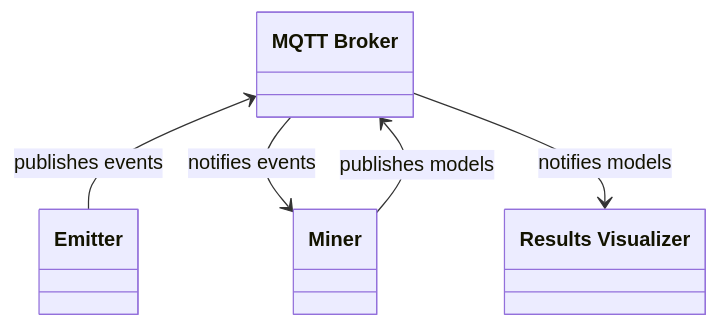
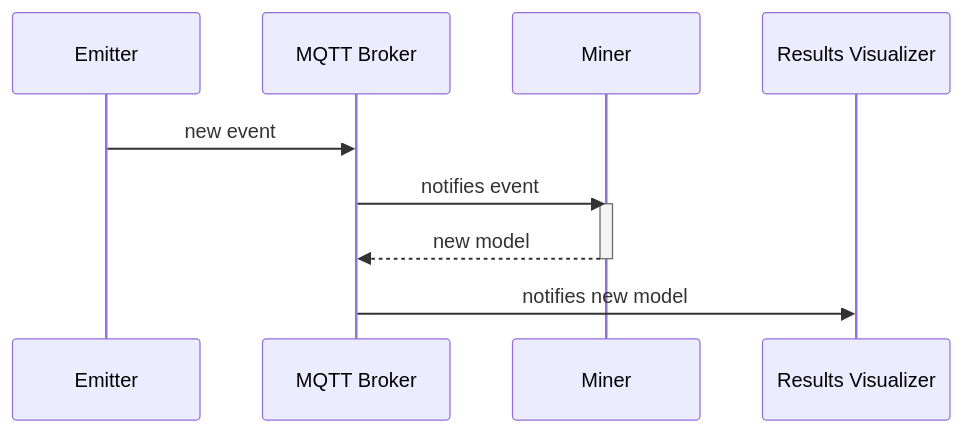
Before and after one commit to beamline/docs: the diagram in docs/examples/pybeamline-full-cicle.md, drawn with Mermaid. The commit also changed other lines of this file, not shown here.

Commit message:
Updated diagram on pybeamline full cycle

```diff
--- a/docs/examples/pybeamline-full-cicle.md
+++ b/docs/examples/pybeamline-full-cicle.md
@@ -6,12 +14,9 @@
 <div class="mermaid">
-classDiagram
-  class Emitter
-  class `MQTT Broker`
-  class Miner
-  class `Results Visualizer`
-
-  `MQTT Broker` <-- Emitter : publishes events
-  `MQTT Broker` --> Miner : notifies events
-  `MQTT Broker` <-- Miner : publishes models
-  `MQTT Broker` --> `Results Visualizer` : notifies models
+sequenceDiagram
+    Emitter ->> MQTT Broker: new event
+    MQTT Broker ->> Miner: notifies event
+    activate Miner
+    Miner -->> MQTT Broker: new model
+    deactivate Miner
+    MQTT Broker ->> Results Visualizer: notifies new model
 </div>
```
